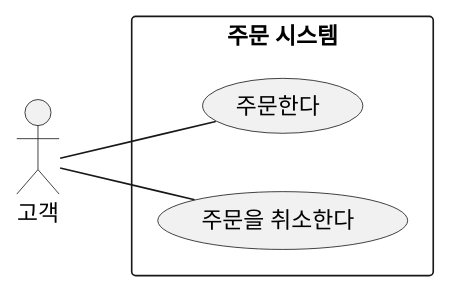
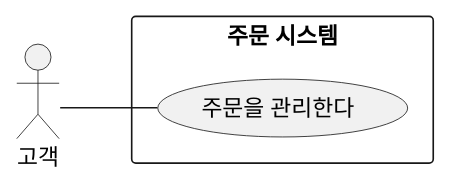
Before and after one commit to YoungSan77/TrainingMaterials: the fourth of 16 diagrams in courses/ooad/sessions/s02.md, drawn with PlantUML. The commit also changed other lines of this file and 10 other files, not shown here.

````diff
--- a/courses/ooad/sessions/s02.md
+++ b/courses/ooad/sessions/s02.md
@@ -383,12 +556,10 @@
 ```plantuml:usecase
 @startuml
 left to right direction
 actor "고객" as Customer
 rectangle "주문 시스템" {
-  usecase "주문한다" as PlaceOrder
-  usecase "주문을 취소한다" as CancelOrder
+  usecase "주문을 관리한다" as ManageOrder
 }
-Customer -- PlaceOrder
-Customer -- CancelOrder
+Customer -- ManageOrder
 @enduml
 ```
````
